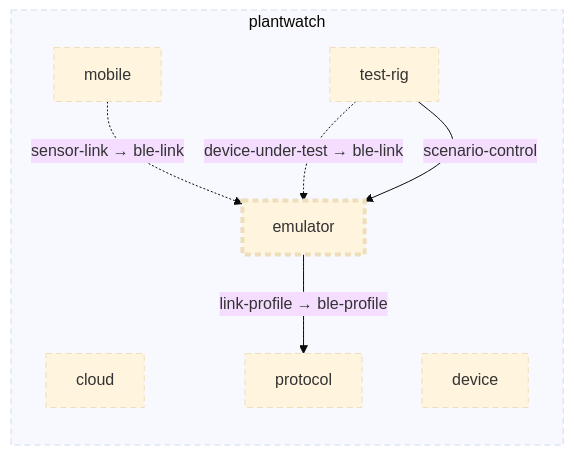
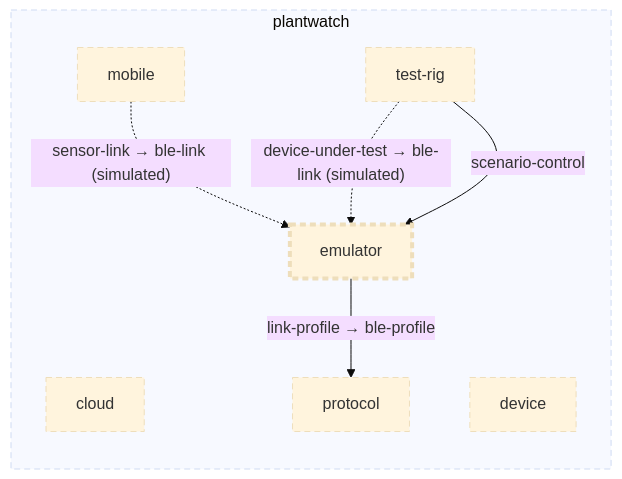
Before and after one commit to wackazong/unifold: the diagram in examples/plantwatch/emulator/doc/diagrams/context.md, drawn with Mermaid (base theme). The commit also changed other lines of this file and 330 other files, not shown here.

````diff
--- a/examples/plantwatch/emulator/doc/diagrams/context.md
+++ b/examples/plantwatch/emulator/doc/diagrams/context.md
@@ -8,25 +8,20 @@
 ```mermaid
 flowchart LR
   subgraph u_root["plantwatch"]
     u_cloud["cloud"]
     u_device["device"]
     u_emulator["emulator"]
     u_mobile["mobile"]
     u_protocol["protocol"]
-    u_test_rig["test-rig"]
+    u_test_drig["test-rig"]
   end
+  u_mobile -.->|"sensor-link → ble-link (simulated)"| u_emulator
+  u_test_drig -.->|"device-under-test → ble-link (simulated)"| u_emulator
+  u_test_drig -->|"scenario-control"| u_emulator
   u_emulator -->|"link-profile → ble-profile"| u_protocol
-  u_mobile -.->|"sensor-link → ble-link"| u_emulator
-  u_test_rig -.->|"device-under-test → ble-link"| u_emulator
-  u_test_rig -->|"scenario-control"| u_emulator
-  click u_cloud href "../../../cloud/README.md"
-  click u_device href "../../../device/README.md"
-  click u_emulator href "../../README.md"
-  click u_mobile href "../../../mobile/README.md"
-  click u_protocol href "../../../protocol/README.md"
-  click u_test_rig href "../../../test-rig/README.md"
   classDef focus stroke-width:4px
   classDef planned stroke-dasharray:6 4
-  class u_root,u_cloud,u_device,u_emulator,u_mobile,u_protocol,u_test_rig planned
+  classDef plain stroke-dasharray:2 3
+  class u_root,u_cloud,u_device,u_emulator,u_mobile,u_protocol,u_test_drig planned
   class u_emulator focus
 ```
````
